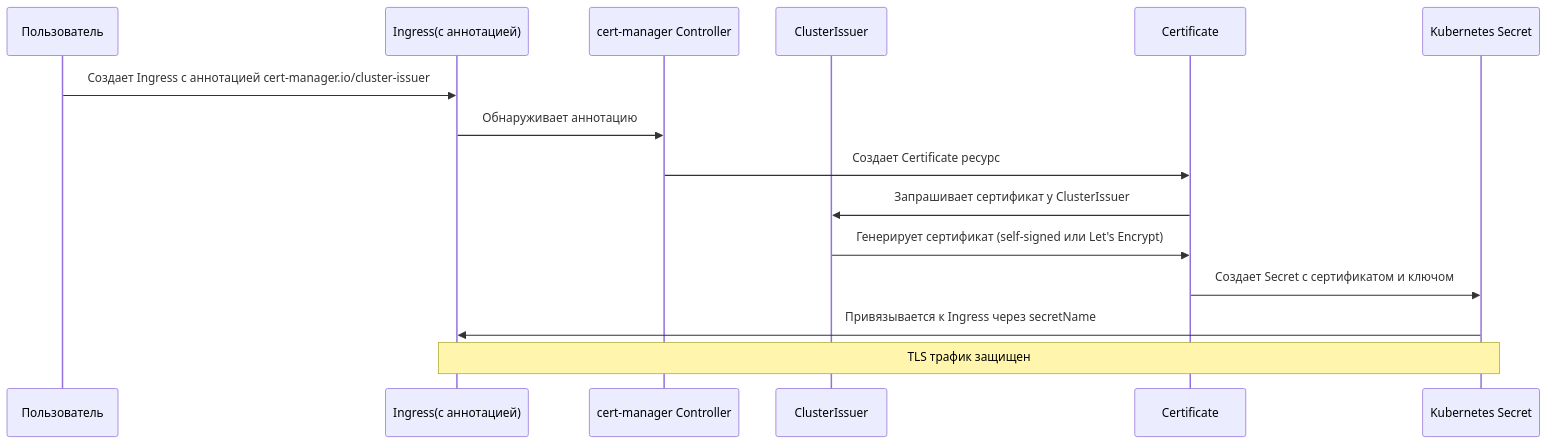
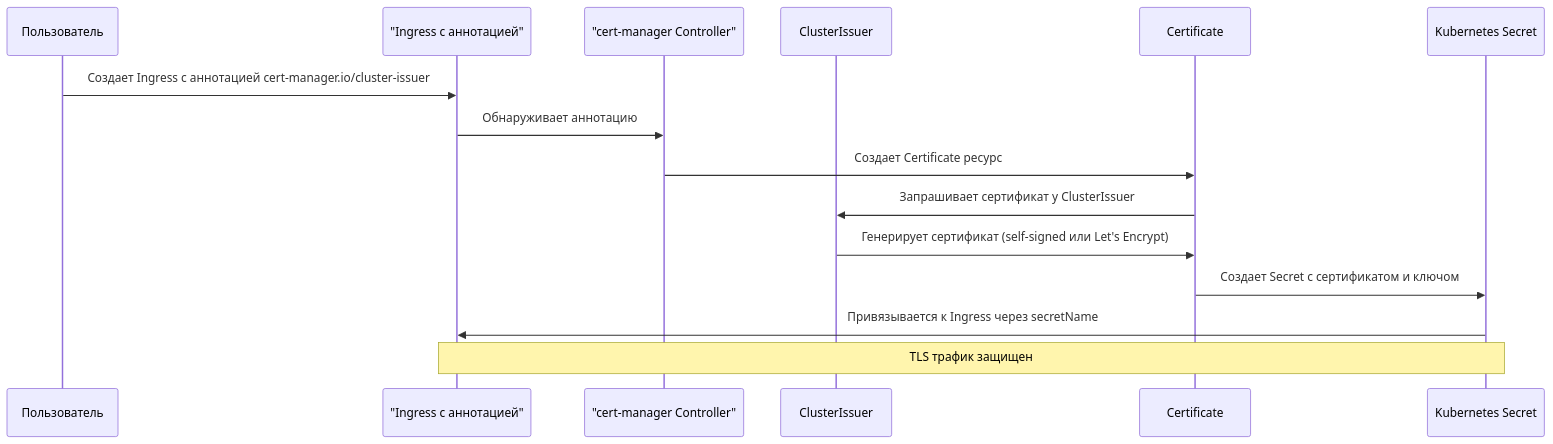
One commit to mistermedved01/lab-home changed the diagram in 03-argocd/cert-manager/README.md. Above: the diagram before and after it, drawn with Mermaid. The commit also changed other lines of this file and 52 other files, not shown here.

Commit message:
cert-manager refactor, switch to helm structure

````diff
--- a/03-argocd/cert-manager/README.md
+++ b/03-argocd/cert-manager/README.md
@@ -52,18 +58,18 @@
 ```mermaid
 sequenceDiagram
     participant User as Пользователь
-    participant Ingress as Ingress(с аннотацией)
-    participant CM as cert-manager Controller
+    participant Ingress as "Ingress с аннотацией"
+    participant CM as "cert-manager Controller"
     participant CI as ClusterIssuer
     participant Cert as Certificate
     participant Secret as Kubernetes Secret
 
     User->>Ingress: Создает Ingress с аннотацией cert-manager.io/cluster-issuer
     Ingress->>CM: Обнаруживает аннотацию
     CM->>Cert: Создает Certificate ресурс
     Cert->>CI: Запрашивает сертификат у ClusterIssuer
     CI->>Cert: Генерирует сертификат (self-signed или Let's Encrypt)
     Cert->>Secret: Создает Secret с сертификатом и ключом
     Secret->>Ingress: Привязывается к Ingress через secretName
     Note over Ingress,Secret: TLS трафик защищен
 ```
````
